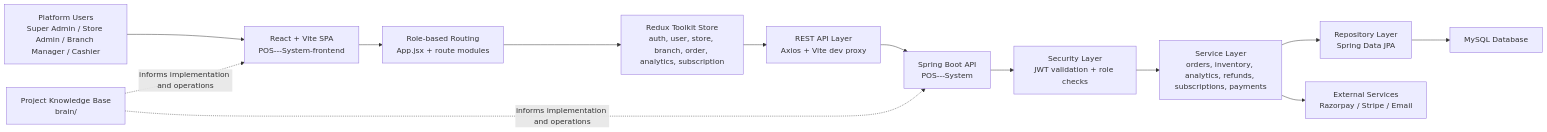
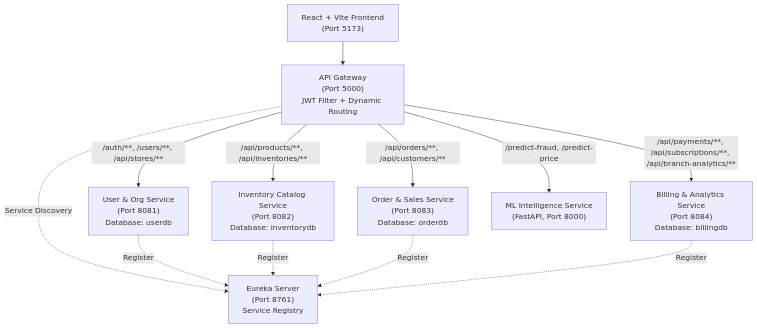
One commit to Kiran-Shetty-afk/Inventa-POS changed the diagram in README.md. Above: the diagram before and after it, drawn with Mermaid. The commit also changed other lines of this file and 237 other files, not shown here.

````diff
--- a/README.md
+++ b/README.md
@@ -86,28 +51,26 @@
 ```mermaid
-flowchart LR
-    User["Platform Users<br/>Super Admin / Store Admin / Branch Manager / Cashier"]
-    SPA["React + Vite SPA<br/>POS---System-frontend"]
-    Router["Role-based Routing<br/>App.jsx + route modules"]
-    Store["Redux Toolkit Store<br/>auth, user, store, branch, order, analytics, subscription"]
-    API["REST API Layer<br/>Axios + Vite dev proxy"]
-    Backend["Spring Boot API<br/>POS---System"]
-    Security["Security Layer<br/>JWT validation + role checks"]
-    Services["Service Layer<br/>orders, inventory, analytics, refunds, subscriptions, payments"]
-    Repos["Repository Layer<br/>Spring Data JPA"]
-    DB["MySQL Database"]
-    External["External Services<br/>Razorpay / Stripe / Email"]
-    Brain["Project Knowledge Base<br/>brain/"]
+flowchart TD
+    Client["React + Vite Frontend<br/>(Port 5173)"]
+    Gateway["API Gateway<br/>(Port 5000)<br/>JWT Filter + Dynamic Routing"]
+    Eureka["Eureka Server<br/>(Port 8761)<br/>Service Registry"]
+    
+    UserOrg["User & Org Service<br/>(Port 8081)<br/>Database: userdb"]
+    Inventory["Inventory Catalog Service<br/>(Port 8082)<br/>Database: inventorydb"]
+    OrderSales["Order & Sales Service<br/>(Port 8083)<br/>Database: orderdb"]
+    BillingAnalytics["Billing & Analytics Service<br/>(Port 8084)<br/>Database: billingdb"]
+    MLService["ML Intelligence Service<br/>(FastAPI, Port 8000)"]
 
-    User --> SPA
-    SPA --> Router
-    Router --> Store
-    Store --> API
-    API --> Backend
-    Backend --> Security
-    Security --> Services
-    Services --> Repos
-    Repos --> DB
-    Services --> External
-    Brain -. informs implementation and operations .-> SPA
-    Brain -. informs implementation and operations .-> Backend
+    Client --> Gateway
+    Gateway -. Service Discovery .-> Eureka
+    
+    Gateway -->|/auth/**, /users/**, /api/stores/**| UserOrg
+    Gateway -->|/api/products/**, /api/inventories/**| Inventory
+    Gateway -->|/api/orders/**, /api/customers/**| OrderSales
+    Gateway -->|/api/payments/**, /api/subscriptions/**, /api/branch-analytics/**| BillingAnalytics
+    Gateway -->|/predict-fraud, /predict-price| MLService
+    
+    UserOrg -. Register .-> Eureka
+    Inventory -. Register .-> Eureka
+    OrderSales -. Register .-> Eureka
+    BillingAnalytics -. Register .-> Eureka
 ```
````
